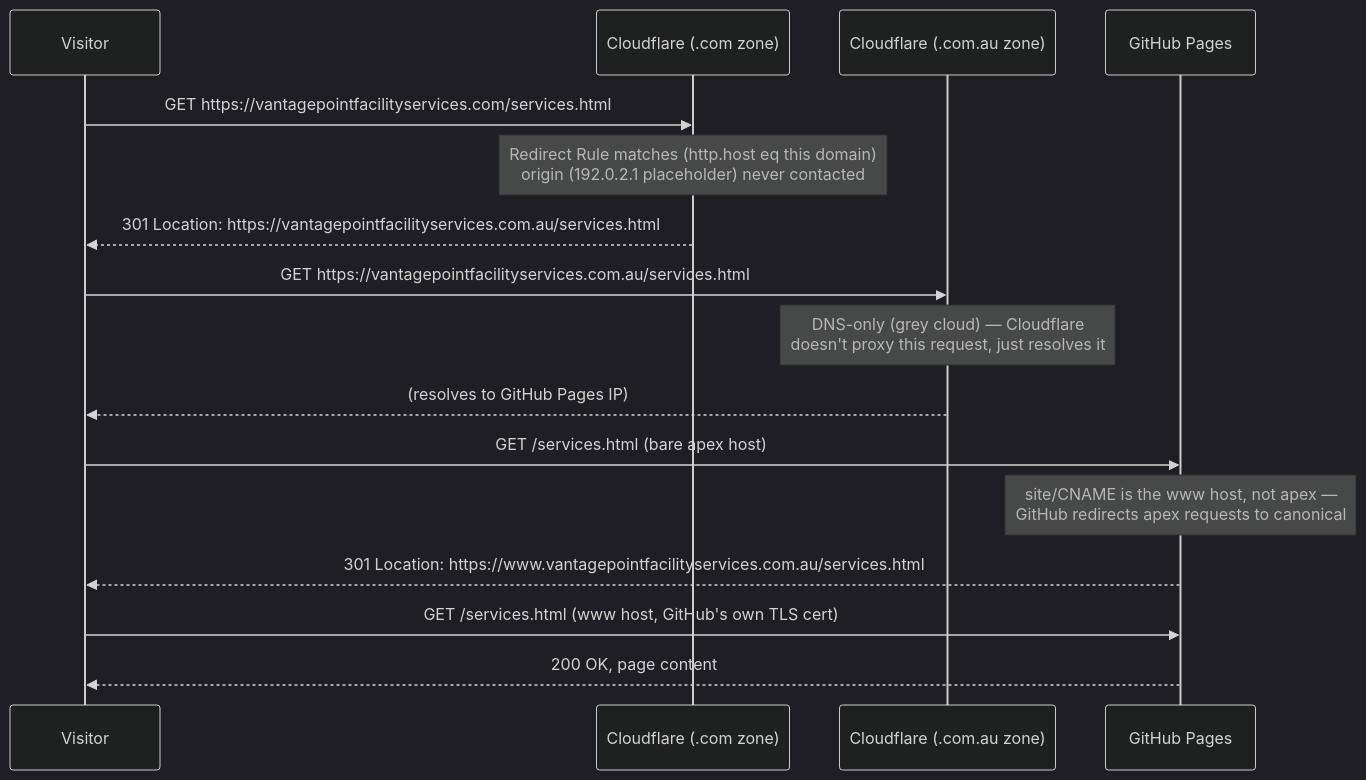
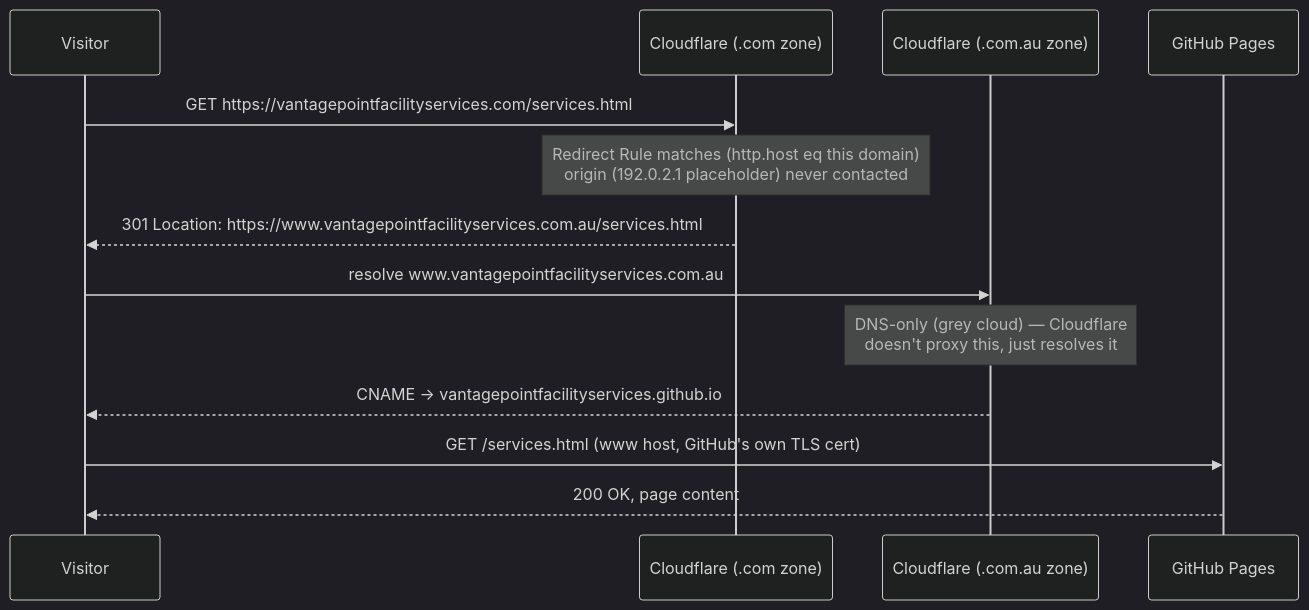
One commit to VantagePointFacilityServices/vpfs-website changed the third of 3 diagrams in docs/ARCHITECTURE.md. Above: the diagram before and after it, drawn with Mermaid (dark theme). The commit also changed other lines of this file and 10 other files, not shown here.

````diff
--- a/docs/ARCHITECTURE.md
+++ b/docs/ARCHITECTURE.md
@@ -103,19 +104,16 @@
 ```mermaid
 sequenceDiagram
     participant V as Visitor
     participant CF2 as Cloudflare (.com zone)
     participant CF1 as Cloudflare (.com.au zone)
     participant GH as GitHub Pages
 
     V->>CF2: GET https://vantagepointfacilityservices.com/services.html
     Note over CF2: Redirect Rule matches (http.host eq this domain)<br/>origin (192.0.2.1 placeholder) never contacted
-    CF2-->>V: 301 Location: https://vantagepointfacilityservices.com.au/services.html
-    V->>CF1: GET https://vantagepointfacilityservices.com.au/services.html
-    Note over CF1: DNS-only (grey cloud) — Cloudflare<br/>doesn't proxy this request, just resolves it
-    CF1-->>V: (resolves to GitHub Pages IP)
-    V->>GH: GET /services.html (bare apex host)
-    Note over GH: site/CNAME is the www host, not apex —<br/>GitHub redirects apex requests to canonical
-    GH-->>V: 301 Location: https://www.vantagepointfacilityservices.com.au/services.html
+    CF2-->>V: 301 Location: https://www.vantagepointfacilityservices.com.au/services.html
+    V->>CF1: resolve www.vantagepointfacilityservices.com.au
+    Note over CF1: DNS-only (grey cloud) — Cloudflare<br/>doesn't proxy this, just resolves it
+    CF1-->>V: CNAME -> vantagepointfacilityservices.github.io
     V->>GH: GET /services.html (www host, GitHub's own TLS cert)
     GH-->>V: 200 OK, page content
 ```
````
